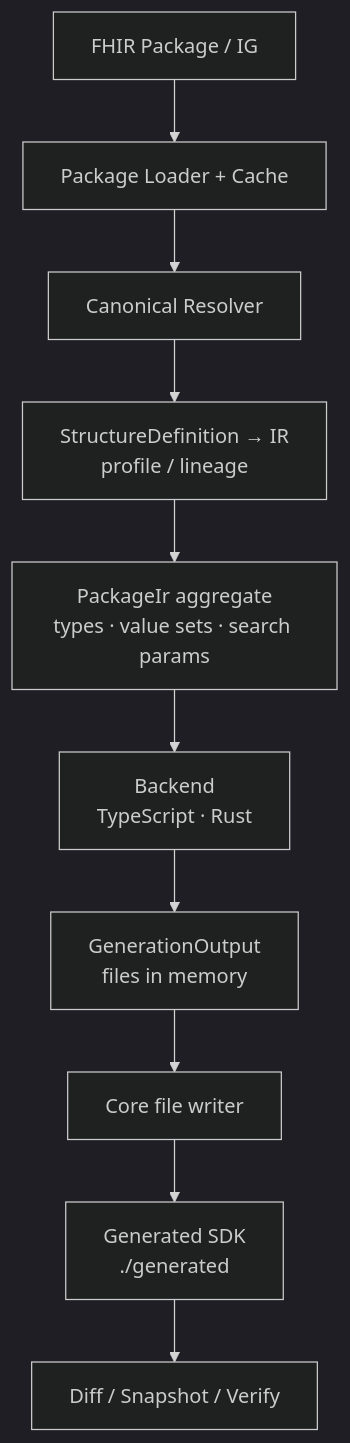
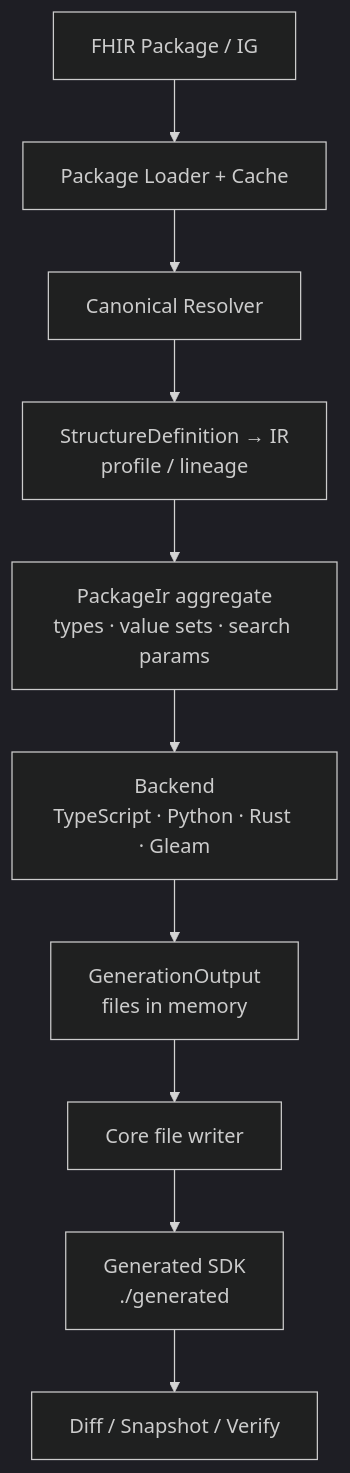
One commit to octofhir/inkgen changed the diagram in README.md. Above: the diagram before and after it, drawn with Mermaid (dark theme). The commit also changed other lines of this file and 3 other files, not shown here.

First line of the commit message:
feat(python): omit absent fields on serialization and document the backend

````diff
--- a/README.md
+++ b/README.md
@@ -77,12 +84,12 @@
 ```mermaid
 flowchart TD
     A[FHIR Package / IG] --> B[Package Loader + Cache]
     B --> C[Canonical Resolver]
     C --> D[StructureDefinition → IR<br/>profile / lineage]
     D --> E[PackageIr aggregate<br/>types · value sets · search params]
-    E --> F[Backend<br/>TypeScript · Rust]
+    E --> F[Backend<br/>TypeScript · Python · Rust · Gleam]
     F --> G[GenerationOutput<br/>files in memory]
     G --> H[Core file writer]
     H --> I[Generated SDK<br/>./generated]
     I --> J[Diff / Snapshot / Verify]
 ```
````
